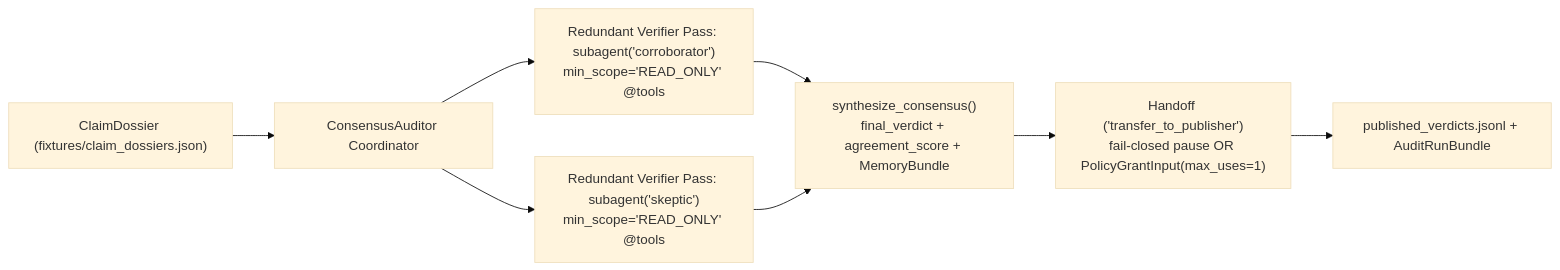
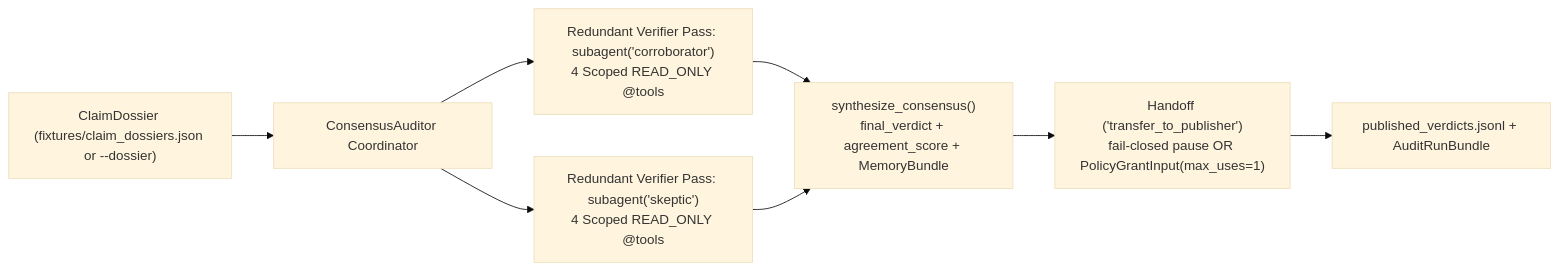
The diagram in README.md (huadeng408/cortensor-openminion-verifier), drawn with Mermaid (base theme) before and after one commit. The commit also changed other lines of this file and 3 other files, not shown here.

````diff
--- a/README.md
+++ b/README.md
@@ -9,10 +13,10 @@
 ```mermaid
 flowchart LR
-    D["ClaimDossier (fixtures/claim_dossiers.json)"] --> C["ConsensusAuditor Coordinator"]
-    C --> P1["Redundant Verifier Pass: subagent('corroborator')<br/>min_scope='READ_ONLY' @tools"]
-    C --> P2["Redundant Verifier Pass: subagent('skeptic')<br/>min_scope='READ_ONLY' @tools"]
+    D["ClaimDossier (fixtures/claim_dossiers.json or --dossier)"] --> C["ConsensusAuditor Coordinator"]
+    C --> P1["Redundant Verifier Pass: subagent('corroborator')<br/>4 Scoped READ_ONLY @tools"]
+    C --> P2["Redundant Verifier Pass: subagent('skeptic')<br/>4 Scoped READ_ONLY @tools"]
     P1 --> S["synthesize_consensus()<br/>final_verdict + agreement_score + MemoryBundle"]
     P2 --> S
     S --> H["Handoff ('transfer_to_publisher')<br/>fail-closed pause OR PolicyGrantInput(max_uses=1)"]
     H --> L["published_verdicts.jsonl + AuditRunBundle"]
 ```
````
